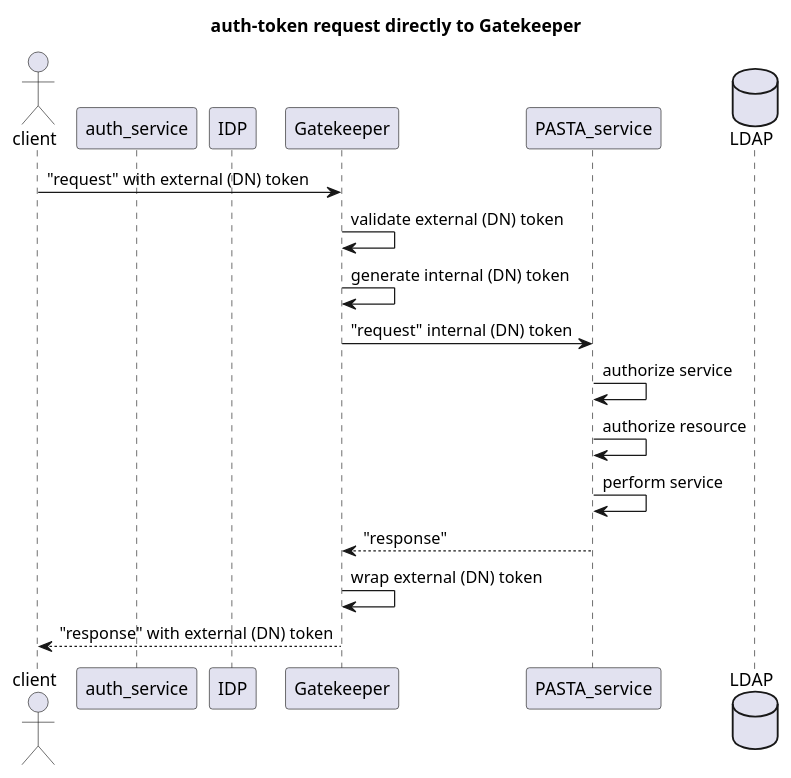
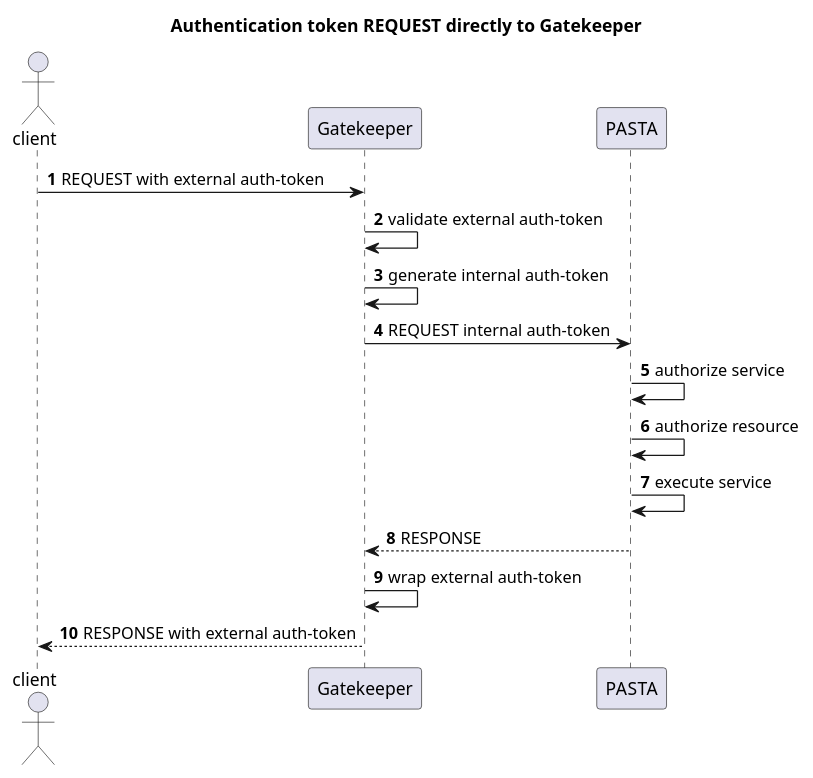
One commit to PASTAplus/auth changed the diagram in docs/auth-token_to_Gatekeeper.puml. Above: the diagram before and after it, drawn with PlantUML. The commit also changed 1 other file, not shown here.

Commit message:
Update uml for consistency

```diff
--- a/docs/auth-token_to_Gatekeeper.puml
+++ b/docs/auth-token_to_Gatekeeper.puml
@@ -1,22 +1,21 @@
 @startuml
 actor client
-participant auth_service
-participant IDP
 participant Gatekeeper
-participant PASTA_service
-database LDAP
+participant PASTA
 
-title auth-token request directly to Gatekeeper
+title Authentication token REQUEST directly to Gatekeeper
 
-client->Gatekeeper: "request" with external (DN) token
-Gatekeeper->Gatekeeper: validate external (DN) token
-Gatekeeper->Gatekeeper: generate internal (DN) token
-Gatekeeper->PASTA_service: "request" internal (DN) token
-PASTA_service->PASTA_service: authorize service
-PASTA_service->PASTA_service: authorize resource
-PASTA_service->PASTA_service: perform service
-Gatekeeper<--PASTA_service: "response"
-Gatekeeper->Gatekeeper: wrap external (DN) token
-client<--Gatekeeper: "response" with external (DN) token
+autonumber
+
+client->Gatekeeper: REQUEST with external auth-token
+Gatekeeper->Gatekeeper: validate external auth-token
+Gatekeeper->Gatekeeper: generate internal auth-token
+Gatekeeper->PASTA: REQUEST internal auth-token
+PASTA->PASTA: authorize service
+PASTA->PASTA: authorize resource
+PASTA->PASTA: execute service
+Gatekeeper<--PASTA: RESPONSE
+Gatekeeper->Gatekeeper: wrap external auth-token
+client<--Gatekeeper: RESPONSE with external auth-token
 
 @enduml
```
